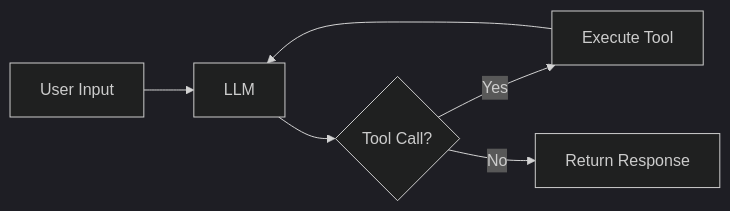
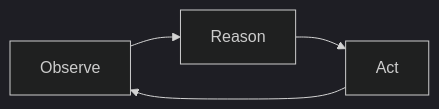
One commit to obuzek/ai-agents-workshop changed the diagram in docs/content/lab-1.md. Above: the diagram before and after it, drawn with Mermaid (dark theme). The commit also changed other lines of this file and 3 other files, not shown here.

````diff
--- a/docs/content/lab-1.md
+++ b/docs/content/lab-1.md
@@ -31,8 +44,6 @@
 ```mermaid
 flowchart LR
-    A[User Input] --> B[LLM]
-    B --> C{Tool Call?}
-    C -->|Yes| D[Execute Tool]
-    D --> B
-    C -->|No| E[Return Response]
+    O[Observe] --> R[Reason]
+    R --> A[Act]
+    A --> O
 ```
````
